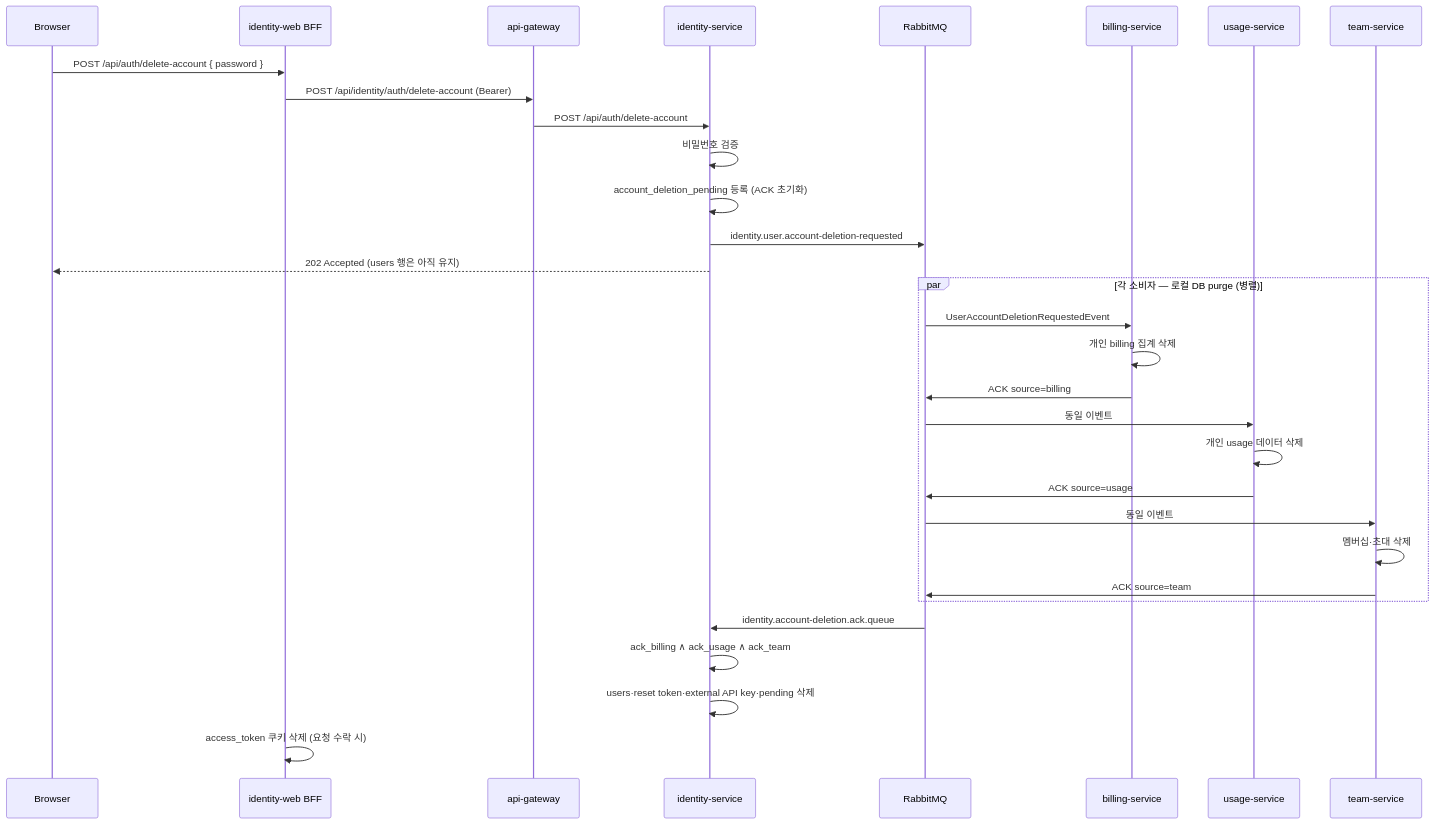
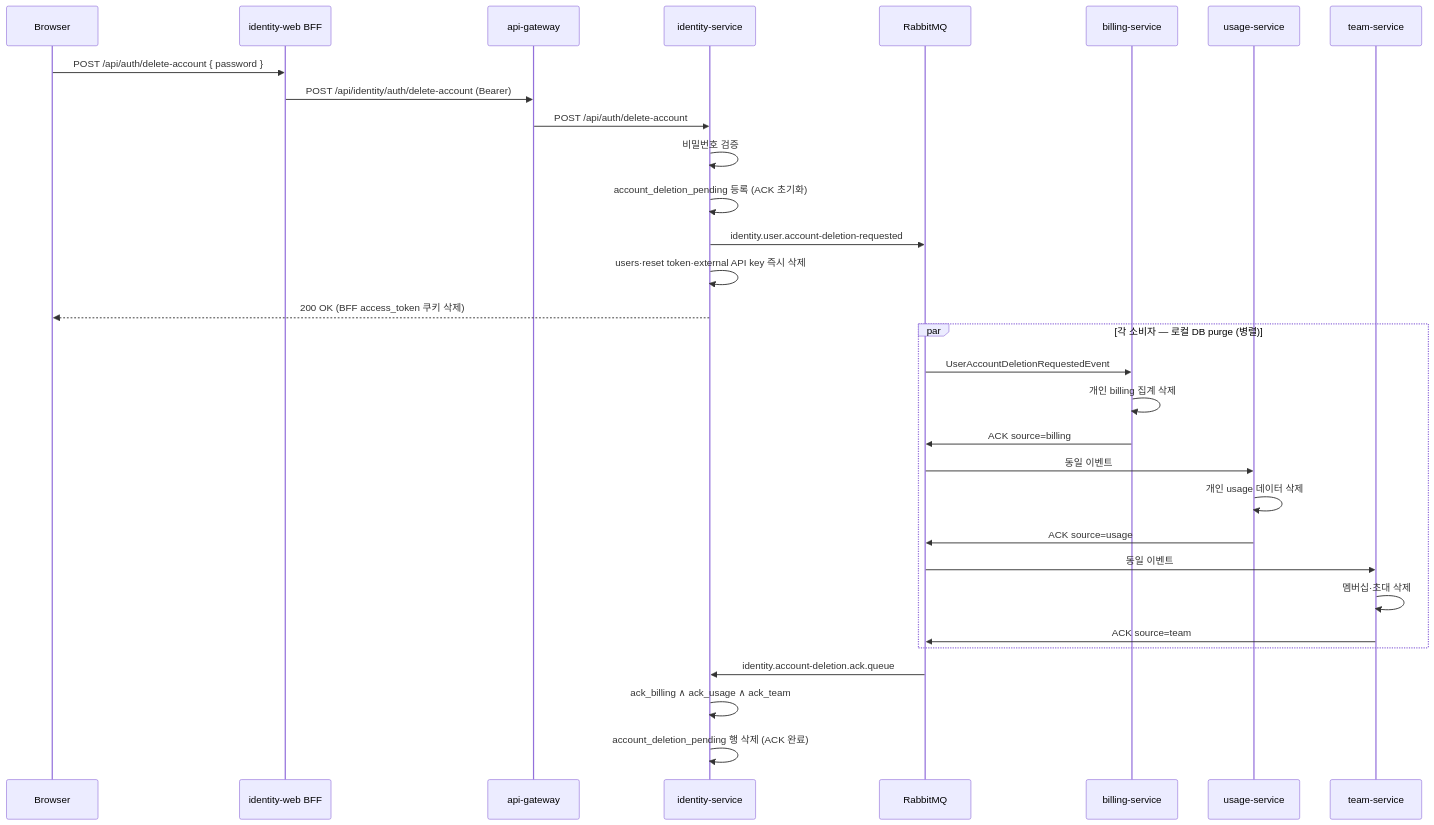
One commit to Zero-Bug-Freinds/ai-api-usage-monitor changed the diagram in docs/account-deletion.md. Above: the diagram before and after it, drawn with Mermaid. The commit also changed other lines of this file and 30 other files, not shown here.

````diff
--- a/docs/account-deletion.md
+++ b/docs/account-deletion.md
@@ -27,36 +27,36 @@
 ```mermaid
 sequenceDiagram
     participant Browser
     participant BFF as identity-web BFF
     participant GW as api-gateway
     participant ID as identity-service
     participant MQ as RabbitMQ
     participant Bill as billing-service
     participant Usage as usage-service
     participant Team as team-service
 
     Browser->>BFF: POST /api/auth/delete-account { password }
     BFF->>GW: POST /api/identity/auth/delete-account (Bearer)
     GW->>ID: POST /api/auth/delete-account
     ID->>ID: 비밀번호 검증
     ID->>ID: account_deletion_pending 등록 (ACK 초기화)
     ID->>MQ: identity.user.account-deletion-requested
-    ID-->>Browser: 202 Accepted (users 행은 아직 유지)
+    ID->>ID: users·reset token·external API key 즉시 삭제
+    ID-->>Browser: 200 OK (BFF access_token 쿠키 삭제)
 
     par 각 소비자 — 로컬 DB purge (병렬)
         MQ->>Bill: UserAccountDeletionRequestedEvent
         Bill->>Bill: 개인 billing 집계 삭제
         Bill->>MQ: ACK source=billing
         MQ->>Usage: 동일 이벤트
         Usage->>Usage: 개인 usage 데이터 삭제
         Usage->>MQ: ACK source=usage
         MQ->>Team: 동일 이벤트
         Team->>Team: 멤버십·초대 삭제
         Team->>MQ: ACK source=team
     end
 
     MQ->>ID: identity.account-deletion.ack.queue
     ID->>ID: ack_billing ∧ ack_usage ∧ ack_team
-    ID->>ID: users·reset token·external API key·pending 삭제
-    BFF->>BFF: access_token 쿠키 삭제 (요청 수락 시)
+    ID->>ID: account_deletion_pending 행 삭제 (ACK 완료)
 ```
````
